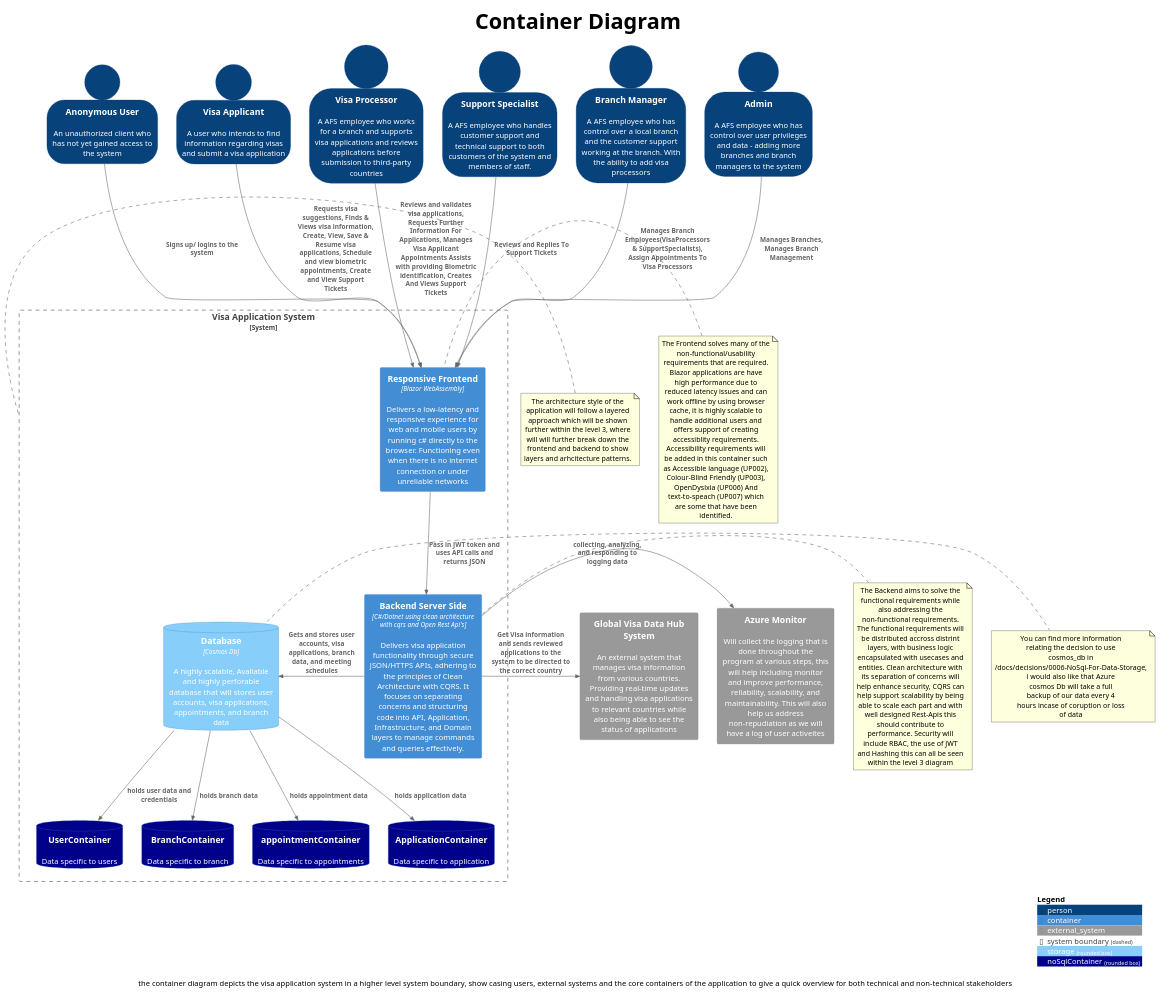
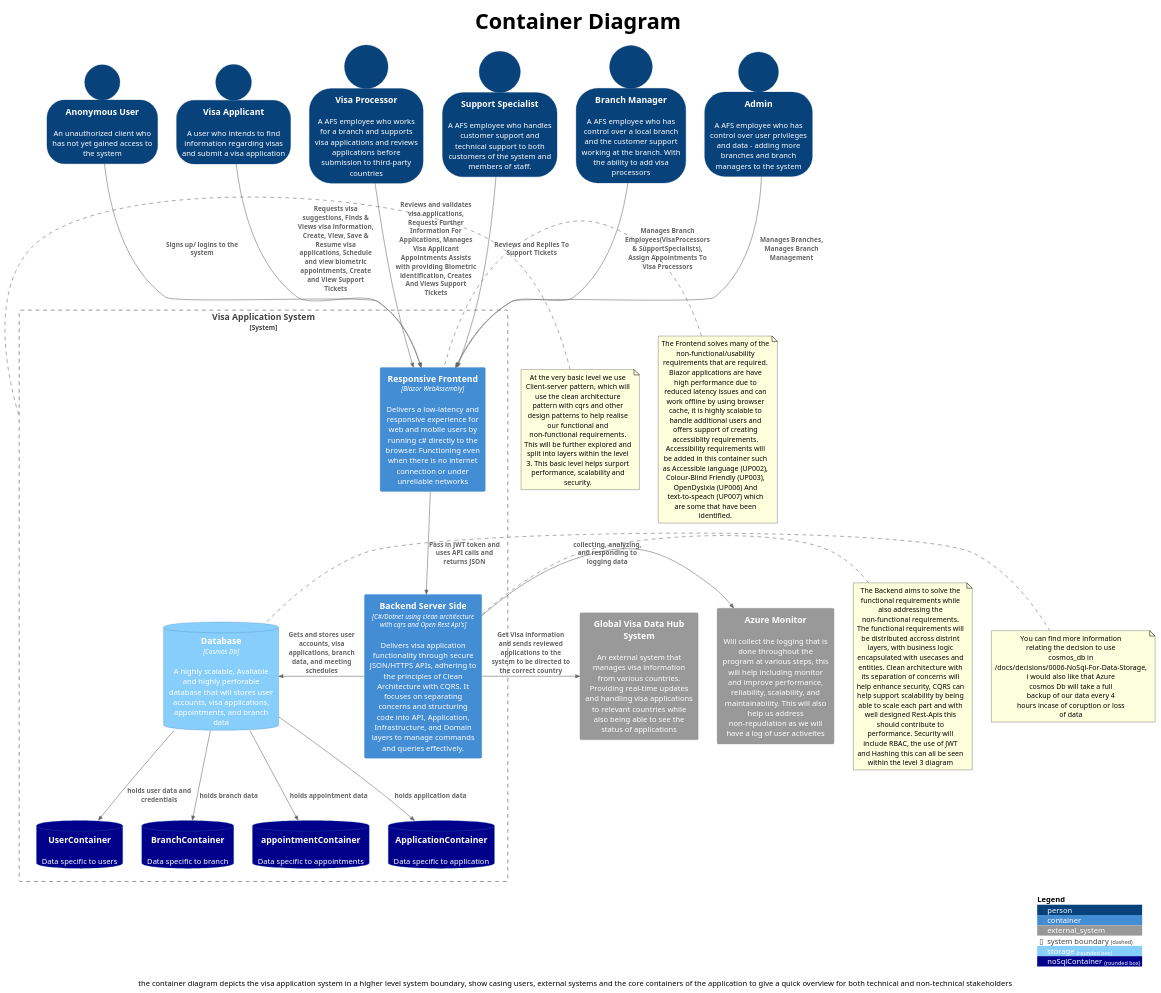
The diagram in docs/diagrams/C4/Container_Diagram.puml (kierenadkins/Software-Architecture), drawn with PlantUML before and after one commit.

Commit message:
Update
Update

```diff
--- a/docs/diagrams/C4/Container_Diagram.puml
+++ b/docs/diagrams/C4/Container_Diagram.puml
@@ -1,55 +1,55 @@
 @startuml "container"
 !include https://raw.githubusercontent.com/plantuml-stdlib/C4-PlantUML/master/C4_Container.puml
 
 AddElementTag("storage", $shape=RoundedBoxShape(), $bgColor="lightSkyBlue", $fontColor="white")
 AddElementTag("noSqlContainer", $shape=RoundedBoxShape(), $bgColor="DarkBlue", $fontColor="white")
 
 
 SHOW_PERSON_OUTLINE()
 
 title <size:40> Container Diagram
 caption "the container diagram depicts the visa application system in a higher level system boundary, show casing users, external systems and the core containers of the application to give a quick overview for both technical and non-technical stakeholders"
 
 Person(anonymousUser, Anonymous User, "An unauthorized client who has not yet gained access to the system")
 Person(visaApplicant, Visa Applicant, "A user who intends to find information regarding visas and submit a visa application")
 Person(visaOfficer, Visa Processor, "A AFS employee who works for a branch and supports visa applications and reviews applications before submission to third-party countries")
 Person(supportSpecialist, Support Specialist, "A AFS employee who handles customer support and technical support to both customers of the system and members of staff.")
 Person(branchManager, Branch Manager, "A AFS employee who has control over a local branch and the customer support working at the branch. With the ability to add visa processors")
 Person(admin, Admin, "A AFS employee who has control over user privileges and data - adding more branches and branch managers to the system")
 
 System_Ext(globalVisaDataHubSystem, "Global Visa Data Hub System", "An external system that manages visa information from various countries. Providing real-time updates and handling visa applications to relevant countries while also being able to see the status of applications")
 System_Ext(AzureMonitor, "Azure Monitor", "Will collect the logging that is done throughout the program at various steps, this will help including monitor and improve performance, reliability, scalability, and maintainability. This will also help us address non-repudiation as we will have a log of user activeites" )
     
 System_Boundary(c1, "Visa Application System") {
     Container(frontend, "Responsive Frontend", "Blazor WebAssembly", "Delivers a low-latency and responsive experience for web and mobile users by running c# directly to the browser. Functioning even when there is no internet connection or under unreliable networks  ")
     Container(backend, "Backend Server Side", "C#/Dotnet using clean architecture with cqrs and Open Rest Api's", "Delivers visa application functionality through secure JSON/HTTPS APIs, adhering to the principles of Clean Architecture with CQRS. It focuses on separating concerns and structuring code into API, Application, Infrastructure, and Domain layers to manage commands and queries effectively.")
     ContainerDb(cosmos_db, "Database","Cosmos Db" , "A highly scalable, Avaliable and highly perforable database that will stores user accounts, visa applications, appointments, and branch data", $tags = "storage")
     ContainerDb(userContainer, "UserContainer", , "Data specific to users", $tags = "noSqlContainer")
     ContainerDb(branchContainer, "BranchContainer", , "Data specific to branch", $tags = "noSqlContainer")
     ContainerDb(appointmentContainer, "appointmentContainer", , "Data specific to appointments", $tags = "noSqlContainer")
     ContainerDb(applicationContainer, "ApplicationContainer", , "Data specific to application", $tags = "noSqlContainer")
 }
 
 Rel_D(anonymousUser, frontend, "Signs up/ logins to the system")
 Rel_D(visaApplicant, frontend, "Requests visa suggestions, Finds & Views visa information, Create, View, Save & Resume visa applications, Schedule and view biometric appointments, Create and View Support Tickets")
 Rel_D(visaOfficer, frontend, "Reviews and validates visa applications, Requests Further Information For Applications, Manages Visa Applicant Appointments Assists with providing Biometric identification, Creates And Views Support Tickets")
 Rel_D(supportSpecialist, frontend, "Reviews and Replies To Support Tickets")
 Rel_D(branchManager, frontend, "Manages Branch Employees(VisaProcessors & SupportSpecialists), Assign Appointments To Visa Processors")
 Rel_D(admin, frontend, "Manages Branches, Manages Branch Management")
 
 
 Rel_L(backend, cosmos_db, "Gets and stores user accounts, visa applications, branch data, and meeting schedules")
 Rel_R(backend, globalVisaDataHubSystem, "Get Visa information and sends reviewed applications to the system to be directed to the correct country")
 Rel_R(backend, AzureMonitor, "collecting, analyzing, and responding to logging data")
 Rel_D(frontend, backend, "Pass in JWT token and uses API calls and returns JSON")
 
 Rel_D(cosmos_db, userContainer ,"holds user data and credentials")
 Rel_D(cosmos_db, branchContainer ,"holds branch data")
 Rel_D(cosmos_db, appointmentContainer , "holds appointment data")
 Rel_D(cosmos_db, applicationContainer , "holds application data")
-note left of "c1" : The architecture style of the application will follow a layered approach which will be shown further within the level 3, where will will further break down the frontend and backend to show layers and arhcitecture patterns.  
+note left of "c1" :At the very basic level we use Client-server pattern, which will use the clean architecture pattern with cqrs and other design patterns to help realise our functional and non-functional requirements. This will be further explored and split into layers within the level 3. This basic level helps surport performance, scalability and security.
 note left of "frontend" : The Frontend solves many of the non-functional/usability requirements that are required. Blazor applications are have high performance due to reduced latency issues and can work offline by using browser cache, it is highly scalable to handle additional users and offers support of creating accessiblity requirements. Accessibility requirements will be added in this container such as Accessible language (UP002), Colour-Blind Friendly (UP003), OpenDyslxia (UP006) And text-to-speach (UP007) which are some that have been identified.  
 note left of "backend" : The Backend aims to solve the functional requirements while also addressing the non-functional requirements. The functional requirements will be distributed accross distrint layers, with business logic encapsulated with usecases and entities. Clean architecture with its separation of concerns will help enhance security, CQRS can help support scalability by being able to scale each part and with well designed Rest-Apis this should contribute to performance. Security will include RBAC, the use of JWT and Hashing this can all be seen within the level 3 diagram
 note right of "cosmos_db" : You can find more information relating the decision to use cosmos_db in /docs/decisions/0006-NoSql-For-Data-Storage, i would also like that Azure cosmos Db will take a full backup of our data every 4 hours incase of coruption or loss of data
 SHOW_LEGEND() 
 @enduml
```
